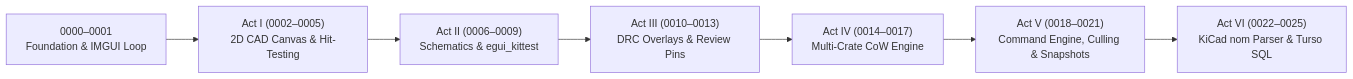
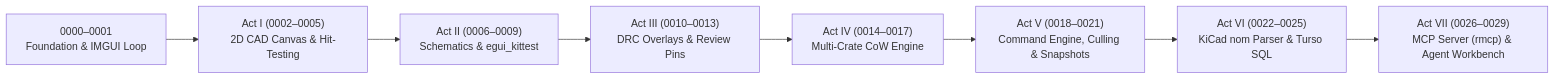
Before and after one commit to domesticmouse/learn-egui: the diagram in index.md, drawn with Mermaid. The commit also changed other lines of this file and 6 other files, not shown here.

First line of the commit message:
Plan Act VII (0026–0029) for rmcp MCP server and mock client workbench

````diff
--- a/index.md
+++ b/index.md
@@ -11,9 +11,10 @@
 ```mermaid
 flowchart LR
   L0["0000–0001\nFoundation & IMGUI Loop"] --> A1["Act I (0002–0005)\n2D CAD Canvas & Hit-Testing"]
   A1 --> A2["Act II (0006–0009)\nSchematics & egui_kittest"]
   A2 --> A3["Act III (0010–0013)\nDRC Overlays & Review Pins"]
   A3 --> A4["Act IV (0014–0017)\nMulti-Crate CoW Engine"]
   A4 --> A5["Act V (0018–0021)\nCommand Engine, Culling & Snapshots"]
   A5 --> A6["Act VI (0022–0025)\nKiCad nom Parser & Turso SQL"]
+  A6 --> A7["Act VII (0026–0029)\nMCP Server (rmcp) & Agent Workbench"]
 ```
````
